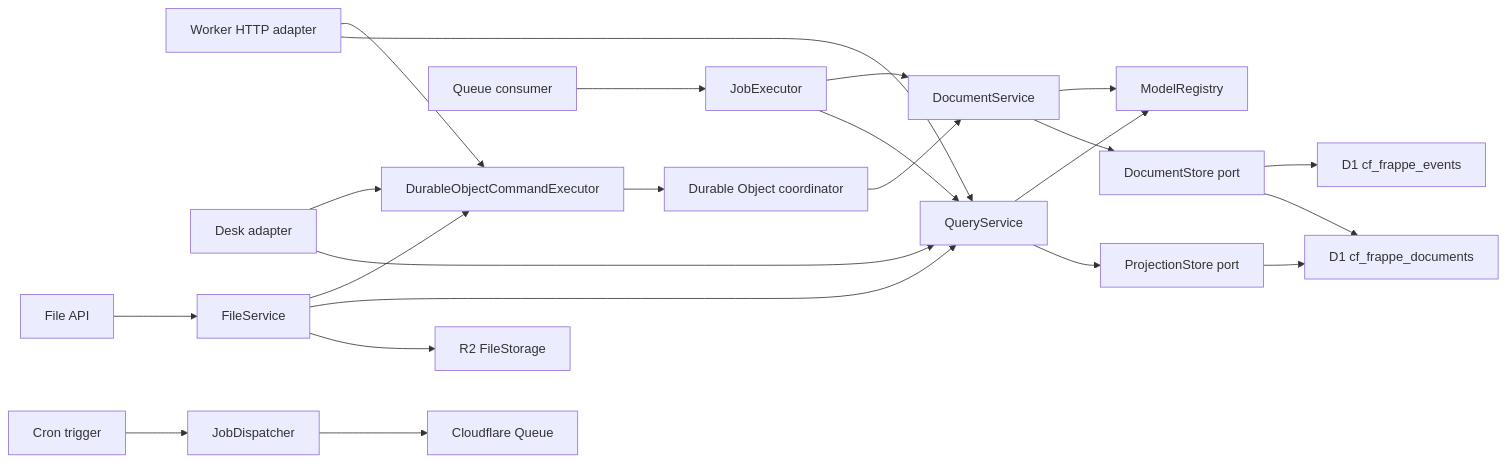
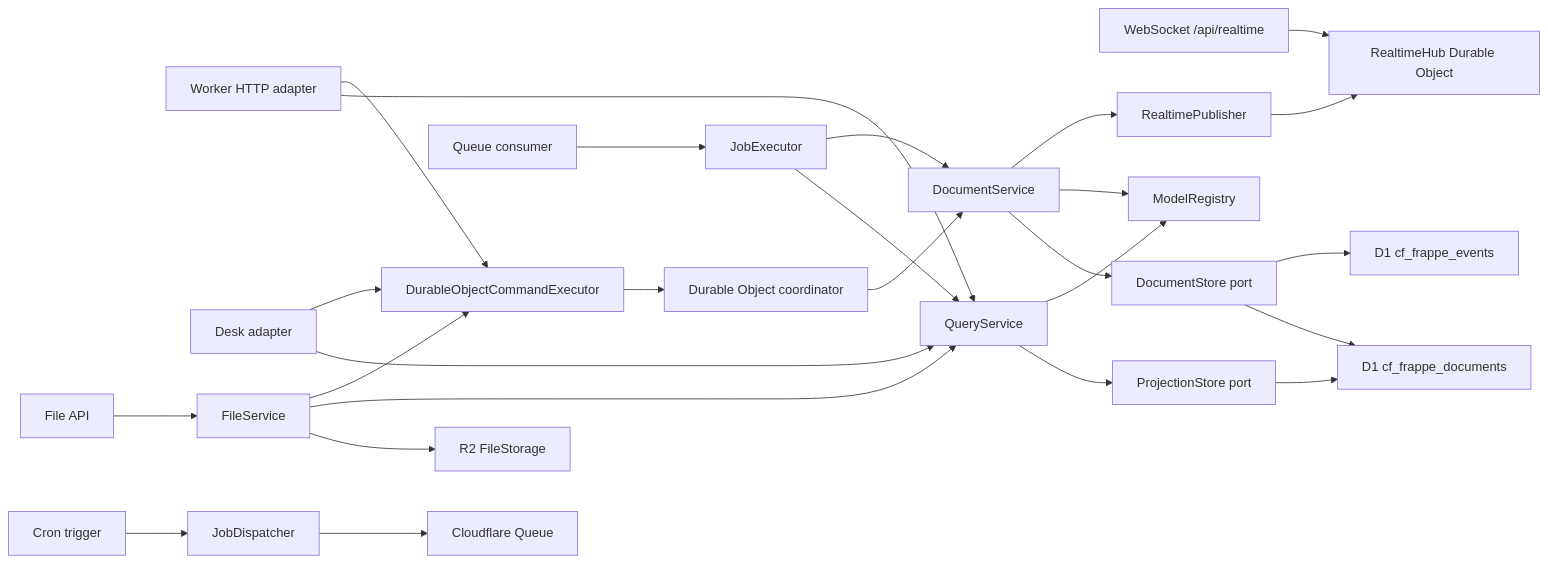
Before and after one commit to victor-develop/cf-frappe: the diagram in README.md, drawn with Mermaid. The commit also changed other lines of this file and 18 other files, not shown here.

Commit message:
Add Durable Object realtime topics

````diff
--- a/README.md
+++ b/README.md
@@ -243,25 +307,28 @@
 ```mermaid
 flowchart LR
   HTTP["Worker HTTP adapter"] --> DOCLIENT["DurableObjectCommandExecutor"]
   DESK["Desk adapter"] --> DOCLIENT
   DESK --> QUERY
   CRON["Cron trigger"] --> JOBS["JobDispatcher"]
   QUEUE["Queue consumer"] --> EXEC["JobExecutor"]
   FILES["File API"] --> FSVC["FileService"]
   FSVC --> DOCLIENT
   FSVC --> QUERY
   FSVC --> R2["R2 FileStorage"]
+  WS["WebSocket /api/realtime"] --> RTHUB["RealtimeHub Durable Object"]
+  APP --> RT["RealtimePublisher"]
+  RT --> RTHUB
   JOBS --> CFQ["Cloudflare Queue"]
   EXEC --> APP
   EXEC --> QUERY
   DOCLIENT --> DO["Durable Object coordinator"]
   DO --> APP["DocumentService"]
   HTTP --> QUERY["QueryService"]
   APP --> REG["ModelRegistry"]
   QUERY --> REG
   APP --> STORE["DocumentStore port"]
   QUERY --> PS["ProjectionStore port"]
   STORE --> D1E["D1 cf_frappe_events"]
   STORE --> D1P["D1 cf_frappe_documents"]
   PS --> D1P
 ```
````
